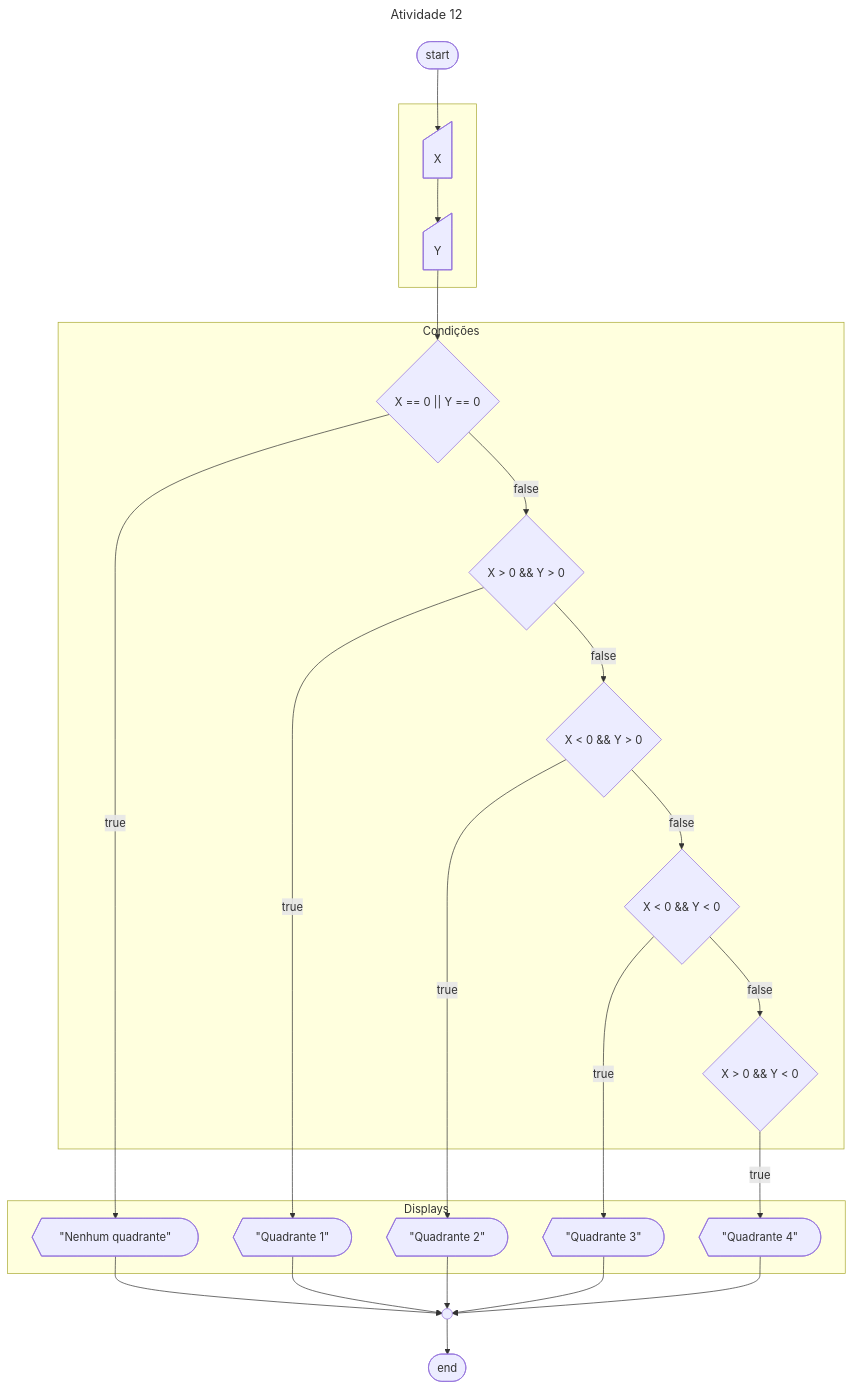
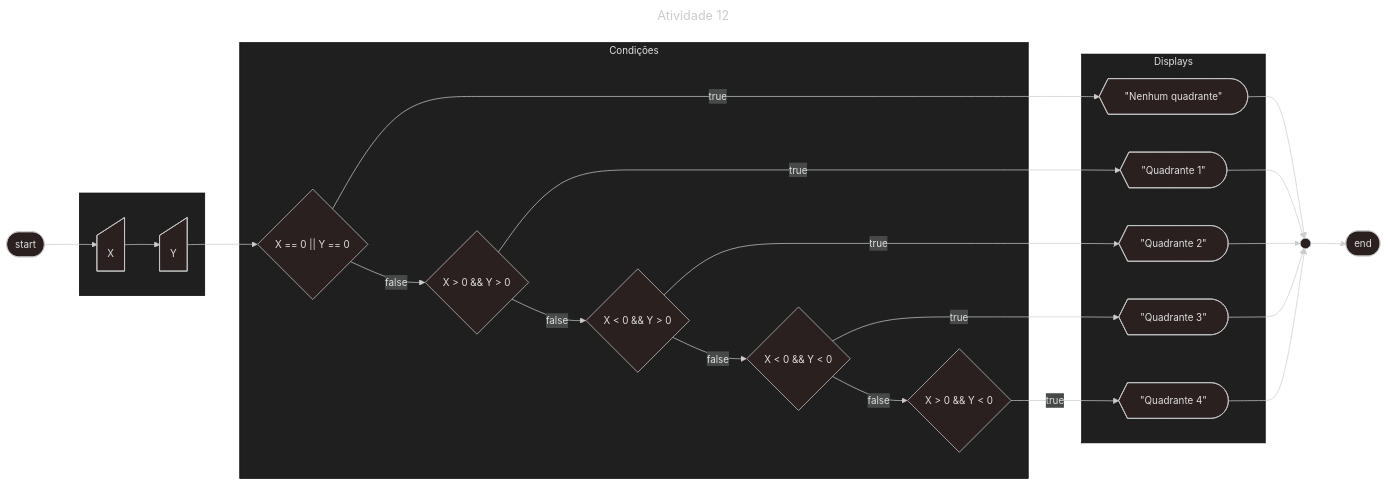
The sixth of 9 diagrams in Parte-2/README.md (kf-martins-uel/algoritmos-atividade1), drawn with Mermaid before and after one commit. The commit also changed other lines of this file and 1 other file, not shown here.

````diff
--- a/Parte-2/README.md
+++ b/Parte-2/README.md
@@ -276,44 +286,46 @@
 ```mermaid
 ---
+config:
+  theme: neo-dark  
 title: Atividade 12
 ---
-flowchart TD
+flowchart LR
     start([start])
     fim([end])
     conector@{shape: circle, label: " "}
     subgraph " "
         X@{shape: manual-input}
         Y@{shape: manual-input}
     end
     subgraph Condições
         if1{"X == 0 || Y == 0"}
         if2{"X > 0 && Y > 0"}
         if3{"X < 0 && Y > 0"}
         if4{"X < 0 && Y < 0"}
         if5{"X > 0 && Y < 0"}
     end
     subgraph Displays
         q0@{shape: display, label: "\"Nenhum quadrante\""}
         q1@{shape: display, label: "\"Quadrante 1\""}
         q2@{shape: display, label: "\"Quadrante 2\""}
         q3@{shape: display, label: "\"Quadrante 3\""}
         q4@{shape: display, label: "\"Quadrante 4\""}
     end
 
     start --> X --> Y --> if1 -->|true| q0
 
     if1 --> |false| if2 --> |false| if3 --> |false| if4 --> |false| if5
 
     if2 -->|true| q1
     if3 -->|true| q2
     if4 -->|true| q3
     if5 -->|true| q4
     
     q0 --> conector
     q1 --> conector
     q2 --> conector
     q3 --> conector
     q4 --> conector
 
     conector --> fim
 ```
````
